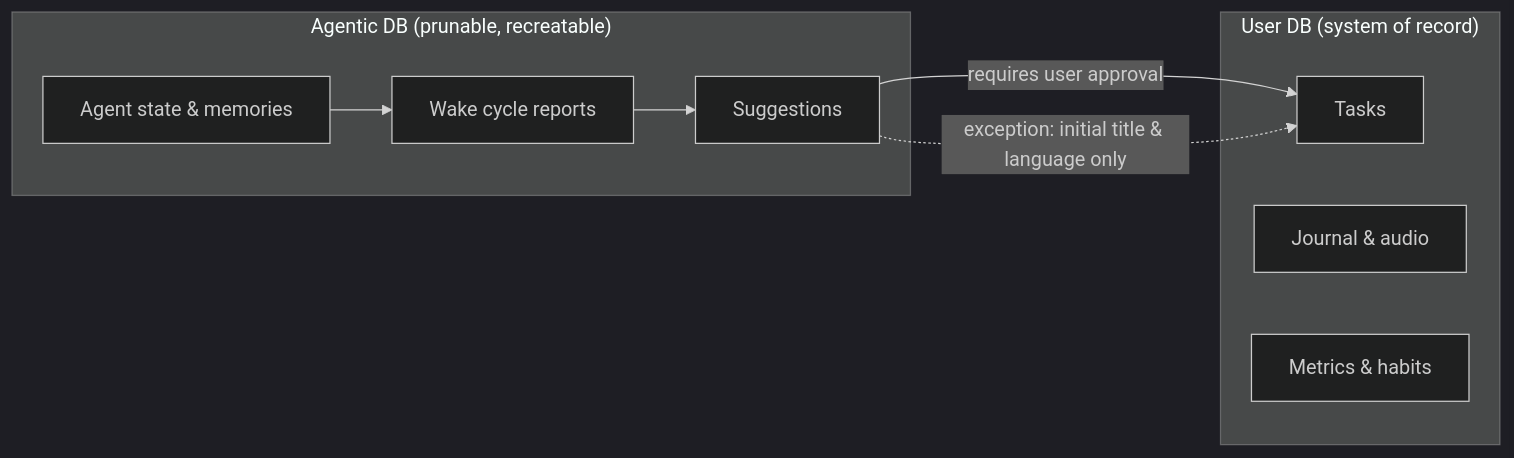
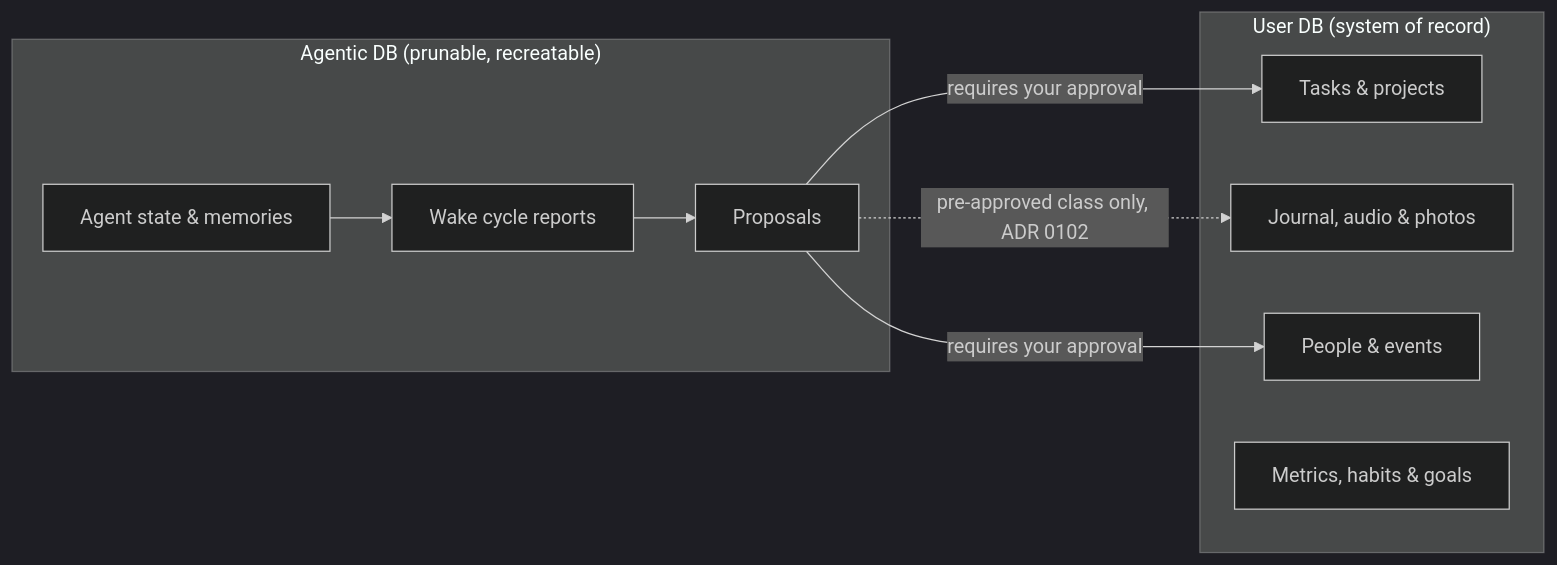
Before and after one commit to matthiasn/lotti: the second of 2 diagrams in README.md, drawn with Mermaid (dark theme). The commit also changed other lines of this file, not shown here.

````diff
--- a/README.md
+++ b/README.md
@@ -232,16 +392,18 @@
 ```mermaid
 flowchart LR
     subgraph Agentic["Agentic DB (prunable, recreatable)"]
         A[Agent state & memories]
         W[Wake cycle reports]
-        S[Suggestions]
+        S[Proposals]
     end
     subgraph User["User DB (system of record)"]
-        T[Tasks]
-        J[Journal & audio]
-        M[Metrics & habits]
+        T[Tasks & projects]
+        J[Journal, audio & photos]
+        P[People & events]
+        M[Metrics, habits & goals]
     end
     A --> W --> S
-    S -->|requires user approval| T
-    S -.->|exception: initial title & language only| T
+    S -->|requires your approval| T
+    S -->|requires your approval| P
+    S -.->|pre-approved class only, ADR 0102| J
 ```
````
